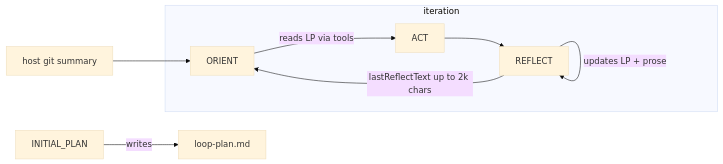
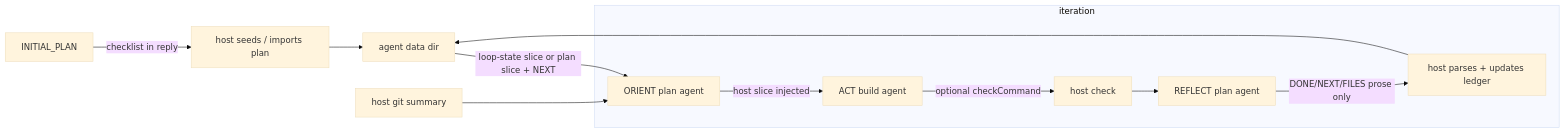
One commit to dkarzon/localagent-box changed the diagram in docs/loop-handoff.plan.md. Above: the diagram before and after it, drawn with Mermaid (base theme). The commit also changed other lines of this file, not shown here.

First line of the commit message:
Update loop handoff plan status to implemented and refine architecture details

````diff
--- a/docs/loop-handoff.plan.md
+++ b/docs/loop-handoff.plan.md
@@ -32,11 +32,14 @@
 ```mermaid
 flowchart LR
-  IP[INITIAL_PLAN] -->|writes| LP[loop-plan.md]
+  IP[INITIAL_PLAN] -->|checklist in reply| HOST[host seeds / imports plan]
+  HOST --> AD[agent data dir]
   subgraph iteration
-    O[ORIENT] -->|reads LP via tools| A[ACT]
-    A --> R[REFLECT]
-    R -->|updates LP + prose| R
+    O[ORIENT plan agent] -->|host slice injected| A[ACT build agent]
+    A -->|optional checkCommand| CHK[host check]
+    CHK --> R[REFLECT plan agent]
+    R -->|DONE/NEXT/FILES prose only| HOST2[host parses + updates ledger]
   end
-  R -->|lastReflectText up to 2k chars| O
+  HOST2 --> AD
+  AD -->|loop-state slice or plan slice + NEXT| O
   GIT[host git summary] --> O
 ```
````
